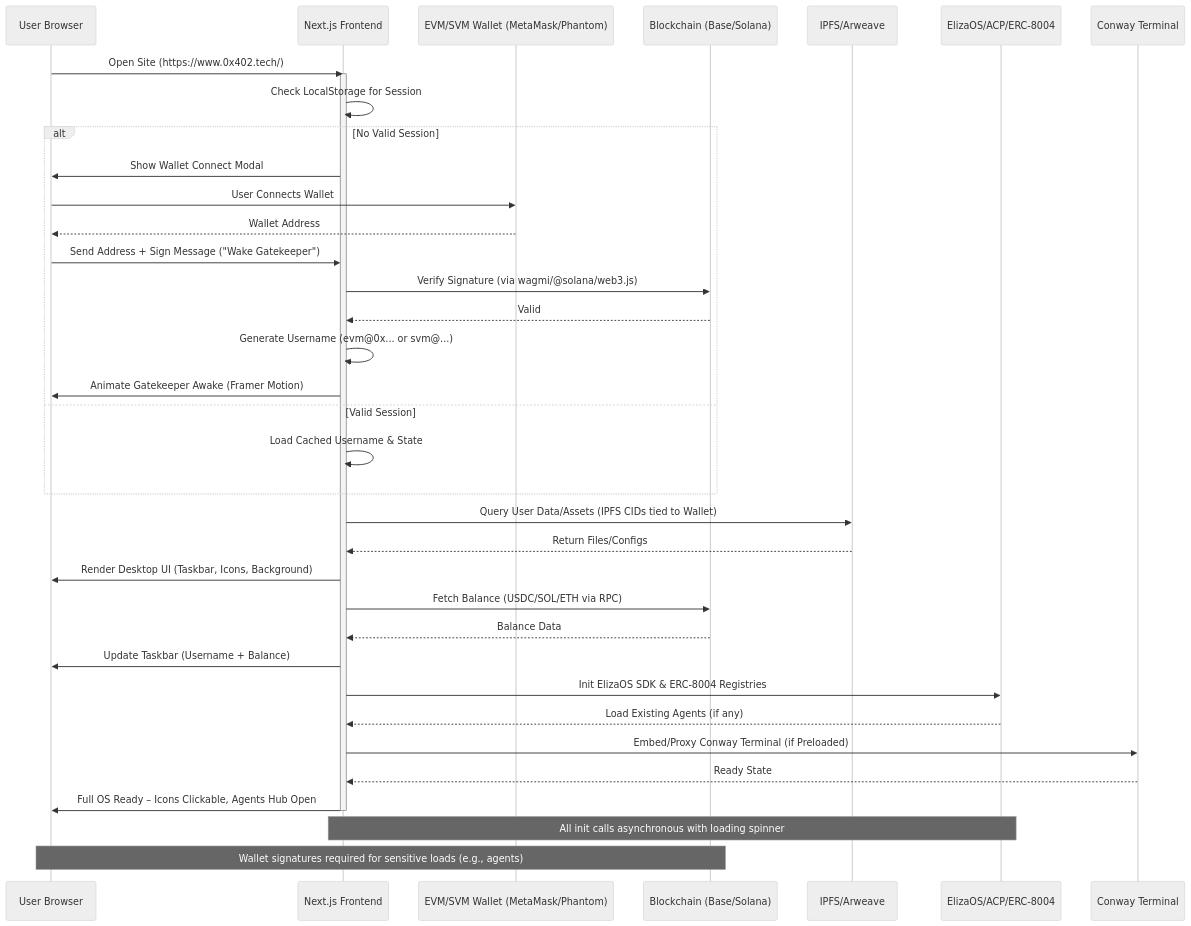
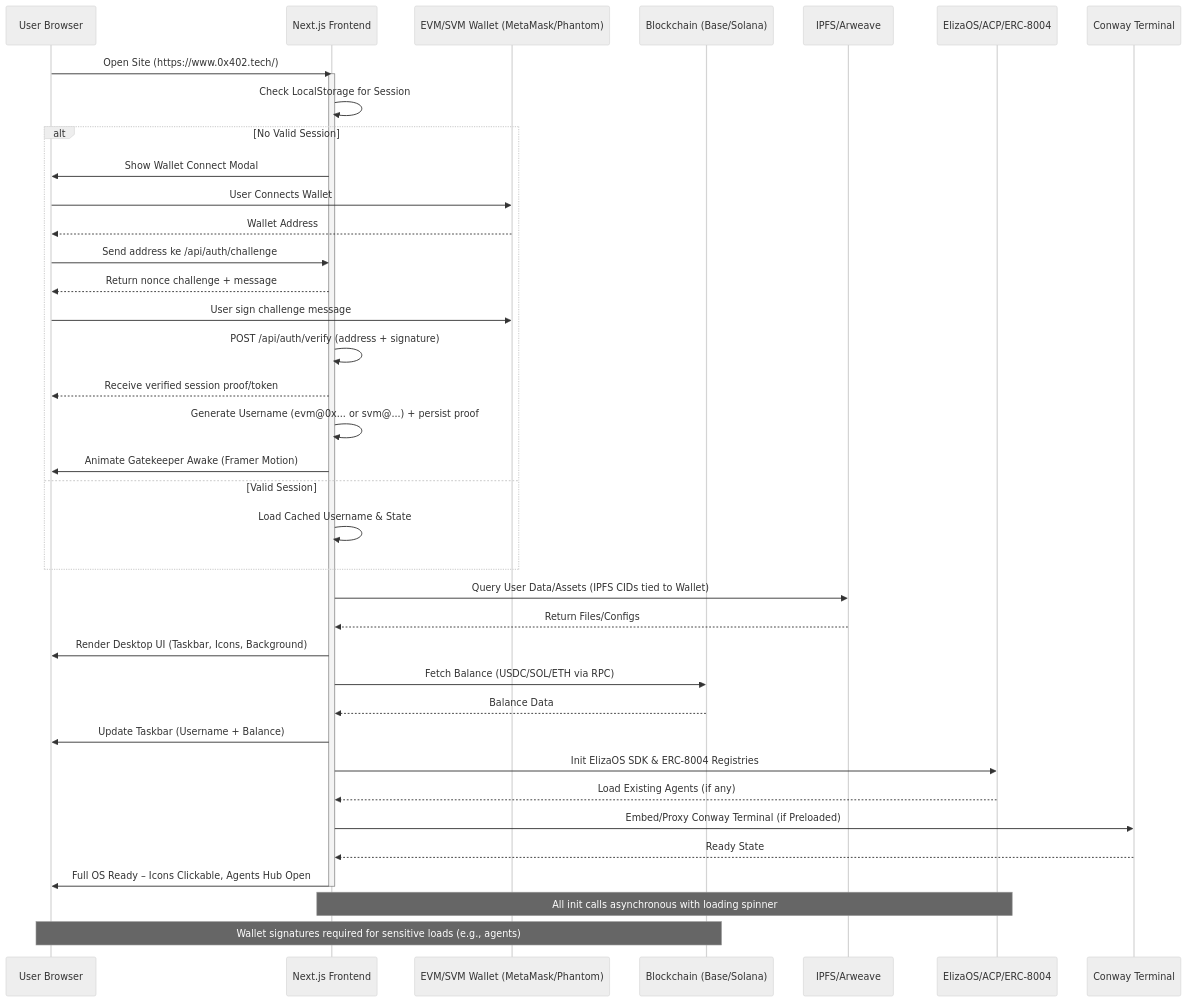
The first of 5 diagrams in docs/WorkflowApps.md (abraham-yusuf/sleepy-gatekeeper), drawn with Mermaid (neutral theme) before and after one commit. The commit also changed other lines of this file and 5 other files, not shown here.

Commit message:
Implement wallet challenge/verify auth session flow

````diff
--- a/docs/WorkflowApps.md
+++ b/docs/WorkflowApps.md
@@ -26,40 +26,42 @@
 ```mermaid
 sequenceDiagram
     participant Browser as User Browser
     participant Frontend as Next.js Frontend
     participant Wallet as EVM/SVM Wallet (MetaMask/Phantom)
     participant Blockchain as Blockchain (Base/Solana)
     participant Storage as IPFS/Arweave
     participant Agents as ElizaOS/ACP/ERC-8004
     participant Conway as Conway Terminal
 
     Browser->>Frontend: Open Site (https://www.0x402.tech/)
     activate Frontend
     Frontend->>Frontend: Check LocalStorage for Session
     alt No Valid Session
         Frontend->>Browser: Show Wallet Connect Modal
         Browser->>Wallet: User Connects Wallet
         Wallet-->>Browser: Wallet Address
-        Browser->>Frontend: Send Address + Sign Message ("Wake Gatekeeper")
-        Frontend->>Blockchain: Verify Signature (via wagmi/@solana/web3.js)
-        Blockchain-->>Frontend: Valid
-        Frontend->>Frontend: Generate Username (evm@0x... or svm@...)
+        Browser->>Frontend: Send address ke /api/auth/challenge
+        Frontend-->>Browser: Return nonce challenge + message
+        Browser->>Wallet: User sign challenge message
+        Frontend->>Frontend: POST /api/auth/verify (address + signature)
+        Frontend-->>Browser: Receive verified session proof/token
+        Frontend->>Frontend: Generate Username (evm@0x... or svm@...) + persist proof
         Frontend->>Browser: Animate Gatekeeper Awake (Framer Motion)
     else Valid Session
         Frontend->>Frontend: Load Cached Username & State
     end
     Frontend->>Storage: Query User Data/Assets (IPFS CIDs tied to Wallet)
     Storage-->>Frontend: Return Files/Configs
     Frontend->>Browser: Render Desktop UI (Taskbar, Icons, Background)
     Frontend->>Blockchain: Fetch Balance (USDC/SOL/ETH via RPC)
     Blockchain-->>Frontend: Balance Data
     Frontend->>Browser: Update Taskbar (Username + Balance)
     Frontend->>Agents: Init ElizaOS SDK & ERC-8004 Registries
     Agents-->>Frontend: Load Existing Agents (if any)
     Frontend->>Conway: Embed/Proxy Conway Terminal (if Preloaded)
     Conway-->>Frontend: Ready State
     Frontend->>Browser: Full OS Ready – Icons Clickable, Agents Hub Open
     deactivate Frontend
     Note over Frontend,Agents: All init calls asynchronous with loading spinner
     Note over Browser,Blockchain: Wallet signatures required for sensitive loads (e.g., agents)
 ```
````
